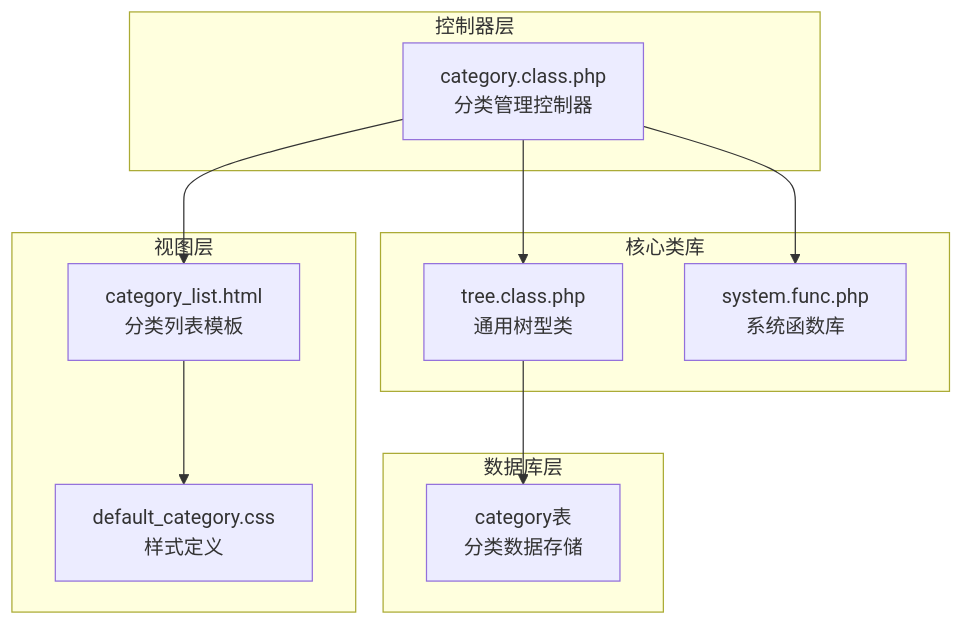
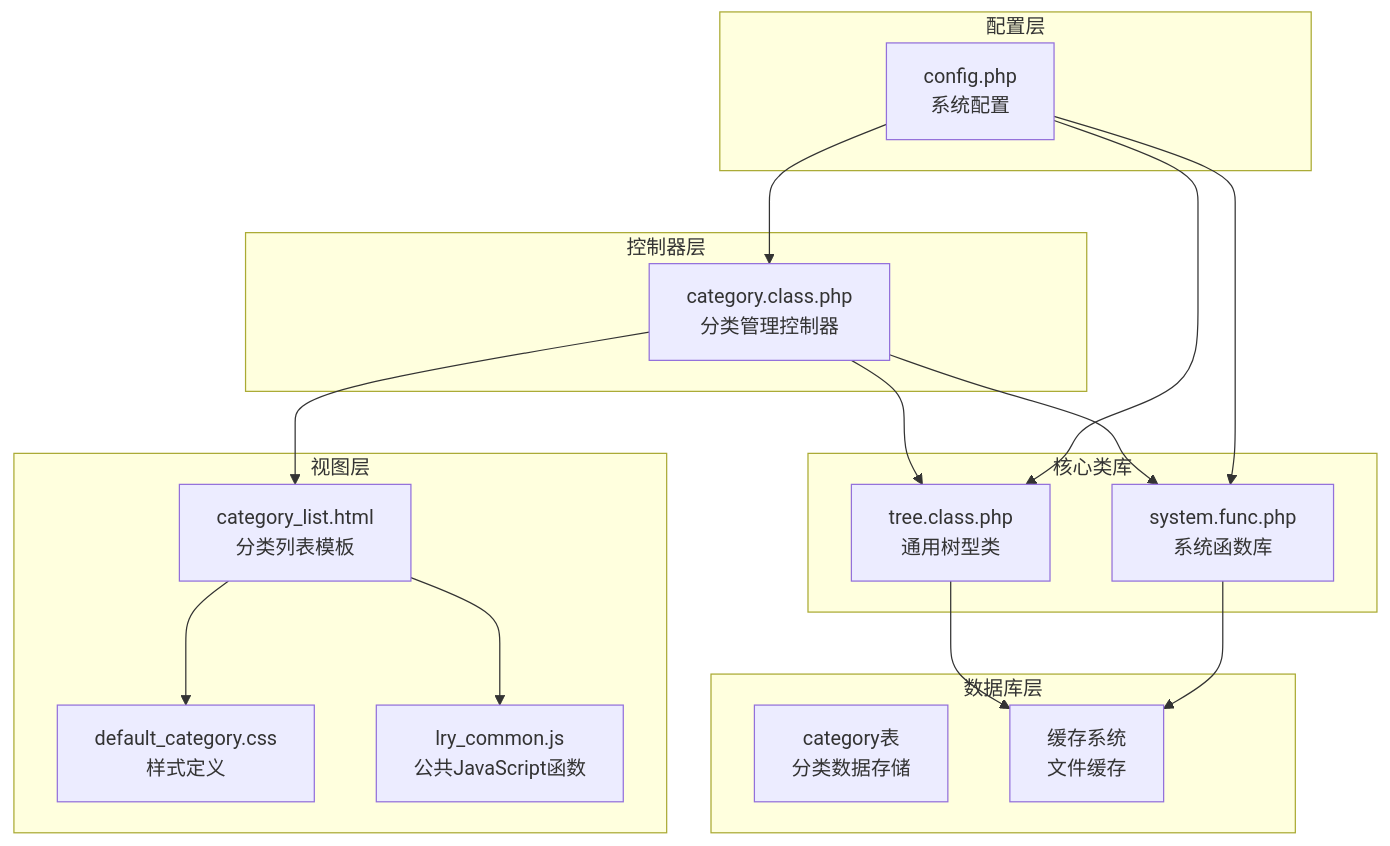
The first of 7 diagrams in .qoder/repowiki/zh/content/后台管理模块/分类管理/分类树形结构管理.md (lirongyaoper/lryblog.com), drawn with Mermaid before and after one commit. The commit also changed other lines of this file and 8 other files, not shown here.

````diff
--- a/.qoder/repowiki/zh/content/后台管理模块/分类管理/分类树形结构管理.md
+++ b/.qoder/repowiki/zh/content/后台管理模块/分类管理/分类树形结构管理.md
@@ -40,22 +43,32 @@
 ```mermaid
 graph TB
 subgraph "控制器层"
 A[category.class.php<br/>分类管理控制器]
 end
 subgraph "视图层"
 B[category_list.html<br/>分类列表模板]
 C[default_category.css<br/>样式定义]
+D[lry_common.js<br/>公共JavaScript函数]
 end
 subgraph "核心类库"
-D[tree.class.php<br/>通用树型类]
-E[system.func.php<br/>系统函数库]
+E[tree.class.php<br/>通用树型类]
+F[system.func.php<br/>系统函数库]
+end
+subgraph "配置层"
+G[config.php<br/>系统配置]
 end
 subgraph "数据库层"
-F[category表<br/>分类数据存储]
+H[category表<br/>分类数据存储]
+I[缓存系统<br/>文件缓存]
 end
 A --> B
-A --> D
 A --> E
-D --> F
+A --> F
 B --> C
+B --> D
+E --> I
+F --> I
+G --> A
+G --> E
+G --> F
 ```
````
